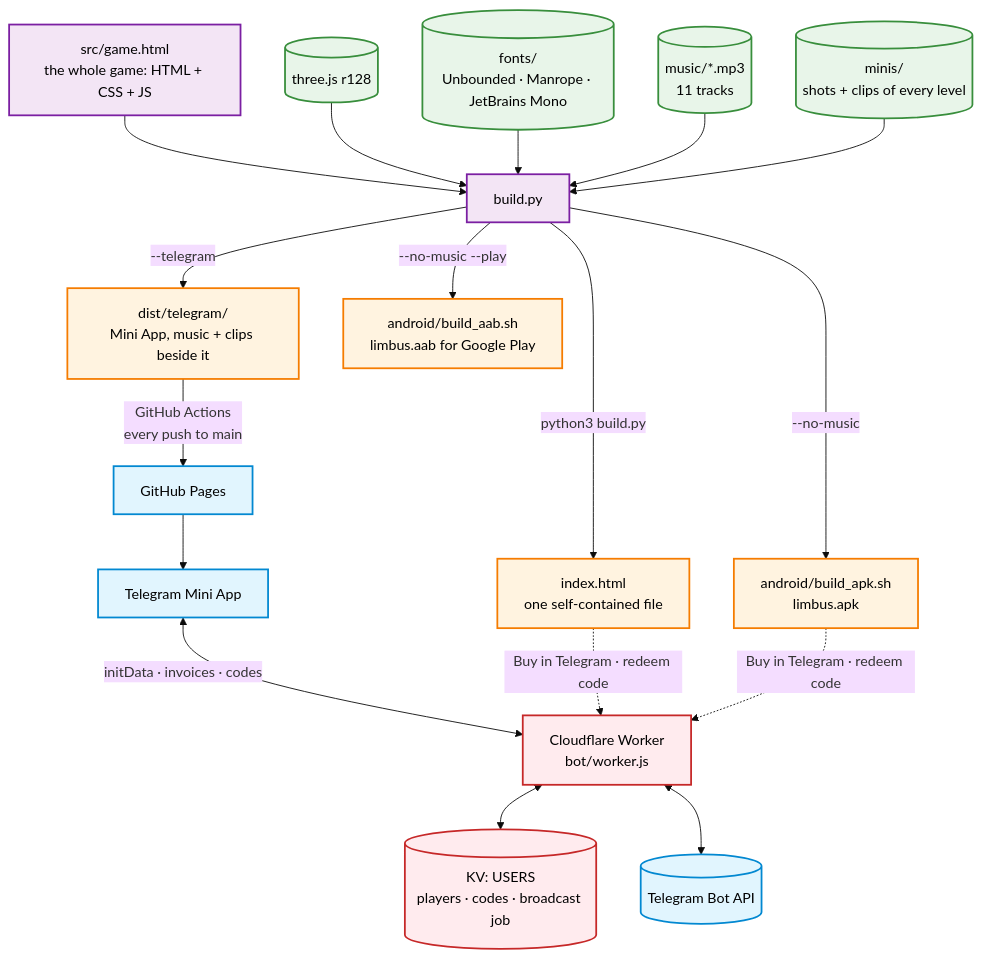
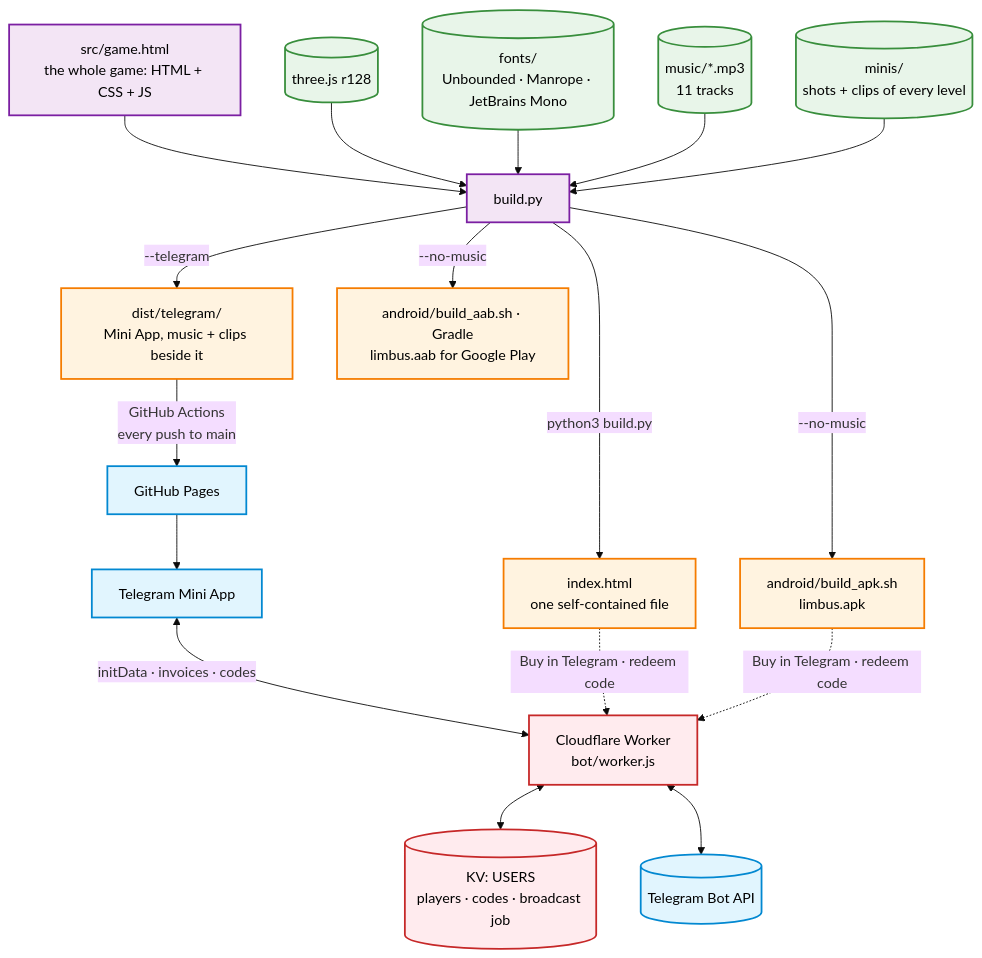
One commit to alexandercbgm/limbus changed the first of 6 diagrams in README.md. Above: the diagram before and after it, drawn with Mermaid (base theme). The commit also changed other lines of this file and 13 other files, not shown here.

First line of the commit message:
Google Play: Emptio back, its one pack bought through Google Play's billing (PlayBilling.java, the bundle built by Gradle); a purchase is banked once by its token before it is consumed; privacy policy, Console guide and the scheme's screenshot to match

````diff
--- a/README.md
+++ b/README.md
@@ -21,36 +21,36 @@
 ```mermaid
 graph TD
     SRC[src/game.html<br/>the whole game: HTML + CSS + JS]
     BUILD[build.py]
 
     SRC --> BUILD
     THREE[(three.js r128)] --> BUILD
     FONTS[(fonts/<br/>Unbounded · Manrope · JetBrains Mono)] --> BUILD
     MUSIC[(music/*.mp3<br/>11 tracks)] --> BUILD
     MINIS[(minis/<br/>shots + clips of every level)] --> BUILD
 
     BUILD -- "python3 build.py" --> PAGE[index.html<br/>one self-contained file]
     BUILD -- "--telegram" --> TG[dist/telegram/<br/>Mini App, music + clips beside it]
     BUILD -- "--no-music" --> APK[android/build_apk.sh<br/>limbus.apk]
-    BUILD -- "--no-music --play" --> AAB[android/build_aab.sh<br/>limbus.aab for Google Play]
+    BUILD -- "--no-music" --> AAB[android/build_aab.sh · Gradle<br/>limbus.aab for Google Play]
 
     TG -- "GitHub Actions<br/>every push to main" --> PAGES[GitHub Pages]
     PAGES --> MINI[Telegram Mini App]
     MINI <-- "initData · invoices · codes" --> WORKER[Cloudflare Worker<br/>bot/worker.js]
     WORKER <--> KV[(KV: USERS<br/>players · codes · broadcast job)]
     WORKER <--> BOTAPI[(Telegram Bot API)]
     PAGE -. "Buy in Telegram · redeem code" .-> WORKER
     APK -. "Buy in Telegram · redeem code" .-> WORKER
 
     classDef core fill:#f3e5f5,stroke:#7b1fa2,stroke-width:2px,color:#000;
     classDef asset fill:#e8f5e9,stroke:#388e3c,stroke-width:2px,color:#000;
     classDef target fill:#fff3e0,stroke:#f57c00,stroke-width:2px,color:#000;
     classDef external fill:#e1f5fe,stroke:#0288d1,stroke-width:2px,color:#000;
     classDef server fill:#ffebee,stroke:#c62828,stroke-width:2px,color:#000;
 
     class SRC,BUILD core;
     class THREE,FONTS,MUSIC,MINIS asset;
     class PAGE,TG,APK,AAB target;
     class PAGES,MINI,BOTAPI external;
     class WORKER,KV server;
 ```
````
